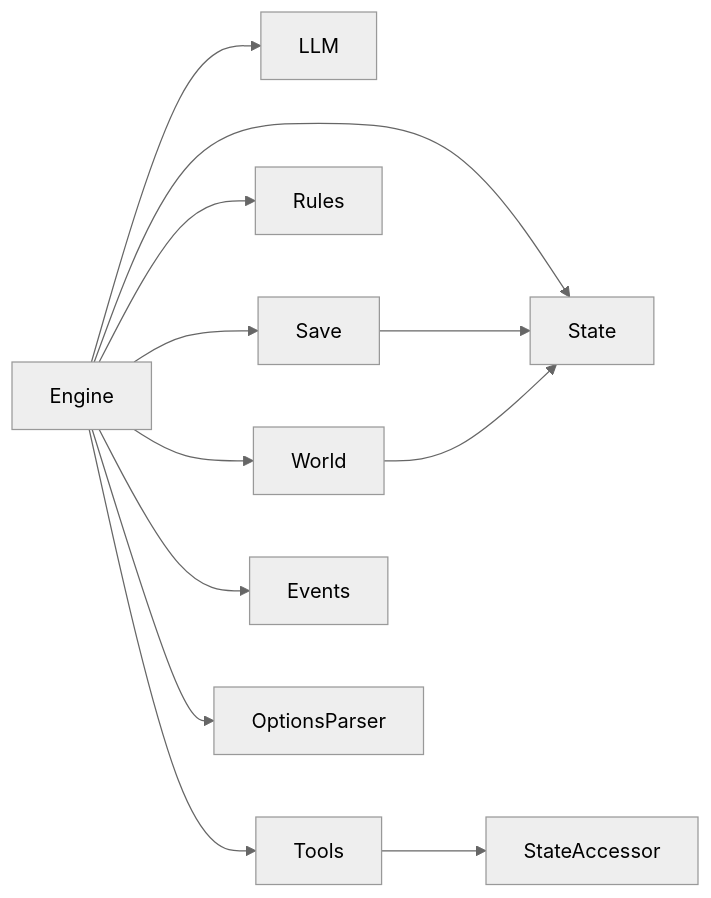
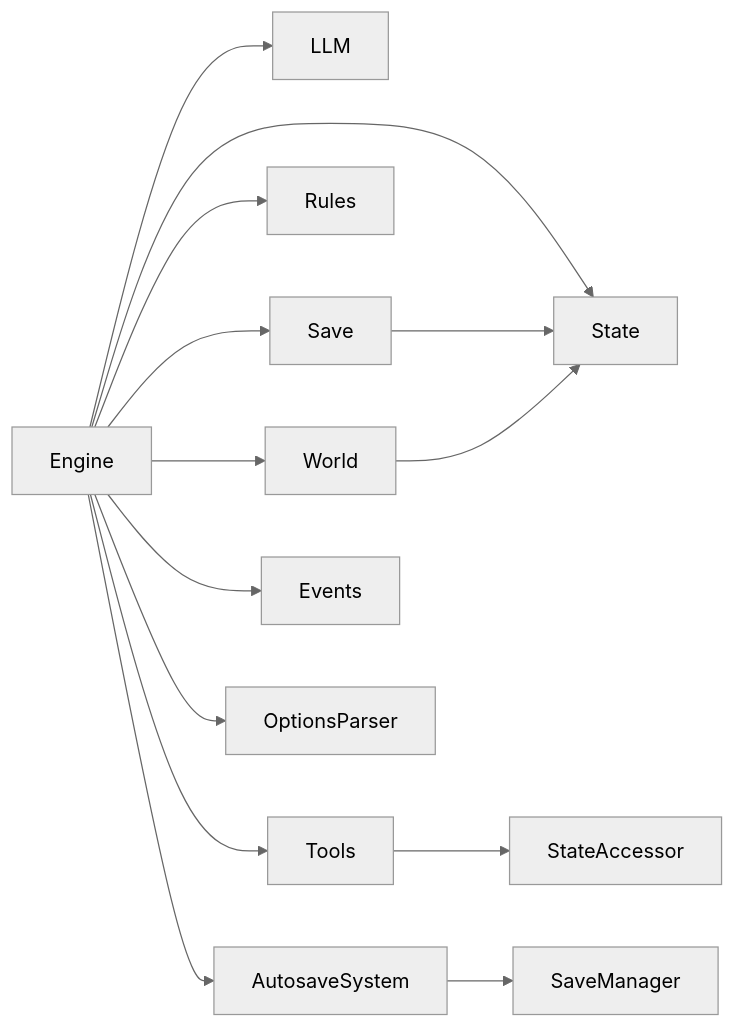
Diagram 13 of 13 in .qoder/repowiki/zh/content/游戏引擎架构/游戏引擎架构.md (zwh8800/cdnd), drawn with Mermaid (neutral theme) before and after one commit. The commit also changed other lines of this file and 23 other files, not shown here.

````diff
--- a/.qoder/repowiki/zh/content/游戏引擎架构/游戏引擎架构.md
+++ b/.qoder/repowiki/zh/content/游戏引擎架构/游戏引擎架构.md
@@ -543,14 +621,16 @@
 ```mermaid
 graph LR
 Engine --> State
 Engine --> LLM
 Engine --> Tools
 Engine --> Rules
 Engine --> World
 Engine --> Save
 Engine --> Events
 Engine --> OptionsParser
+Engine --> AutosaveSystem
 Tools --> StateAccessor
 Save --> State
 World --> State
+AutosaveSystem --> SaveManager
 ```
````
